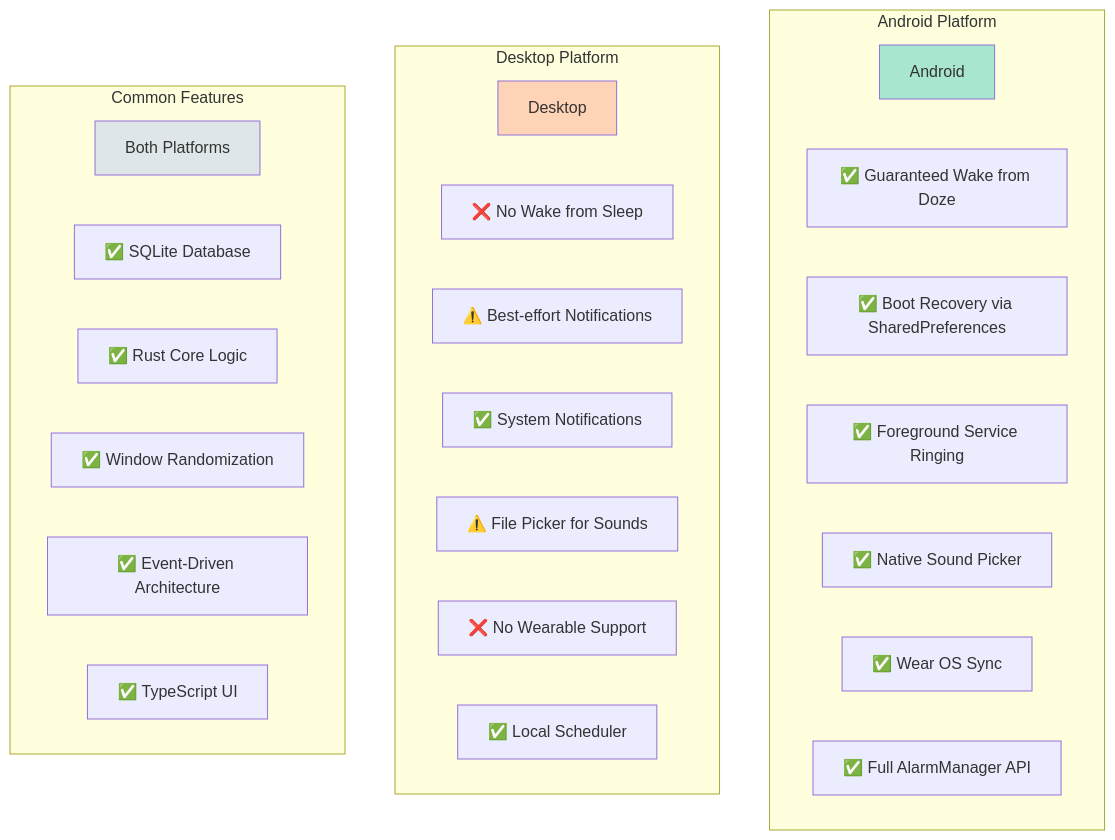
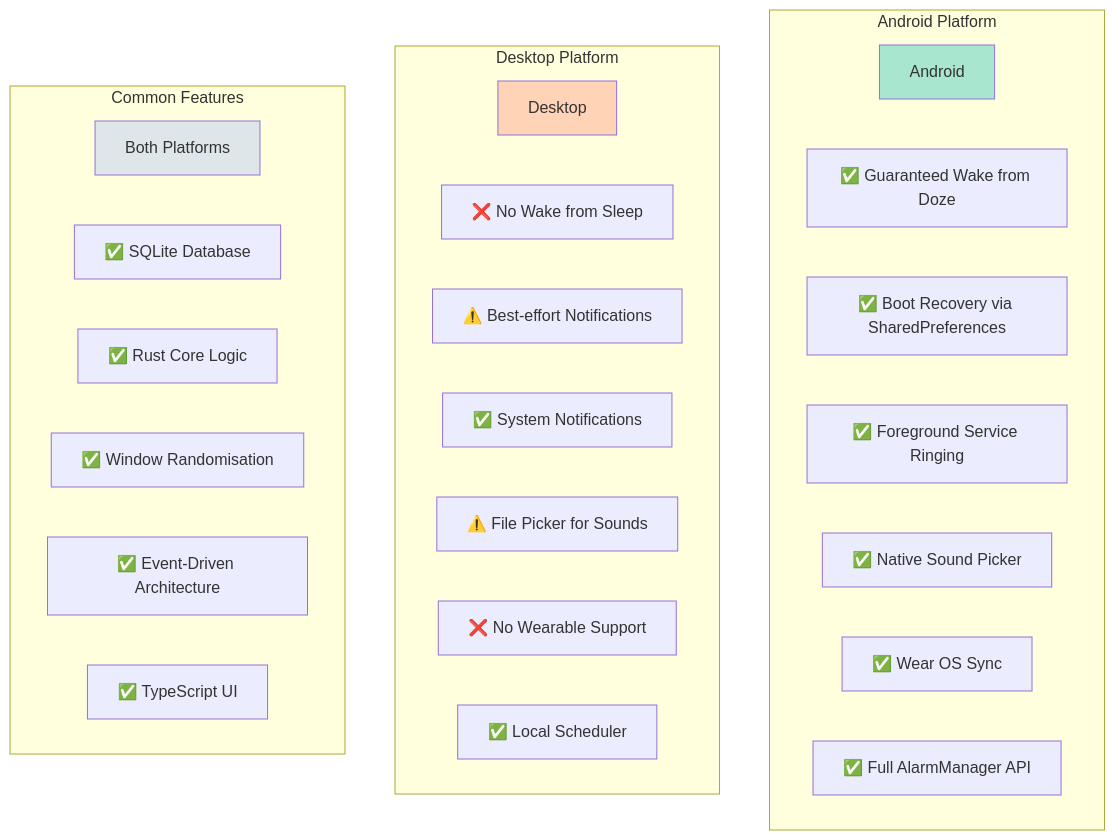
Diagram 19 of 32 in docs/architecture/flow-diagrams.md (liminal-hq/threshold), drawn with Mermaid before and after one commit. The commit also changed other lines of this file, not shown here.

First line of the commit message:
docs: fix broken Mermaid diagrams in flow-diagrams.md

````diff
--- a/docs/architecture/flow-diagrams.md
+++ b/docs/architecture/flow-diagrams.md
@@ -666,35 +666,35 @@
 ```mermaid
 graph TB
     subgraph "Android Platform"
         Android[Android]
-        A1[✅ Guaranteed Wake from Doze]
-        A2[✅ Boot Recovery via SharedPreferences]
-        A3[✅ Foreground Service Ringing]
-        A4[✅ Native Sound Picker]
-        A5[✅ Wear OS Sync]
-        A6[✅ Full AlarmManager API]
+        A1["✅ Guaranteed Wake from Doze"]
+        A2["✅ Boot Recovery via SharedPreferences"]
+        A3["✅ Foreground Service Ringing"]
+        A4["✅ Native Sound Picker"]
+        A5["✅ Wear OS Sync"]
+        A6["✅ Full AlarmManager API"]
     end
 
     subgraph "Desktop Platform"
         Desktop[Desktop]
-        D1[❌ No Wake from Sleep]
-        D2[⚠️ Best-effort Notifications]
-        D3[✅ System Notifications]
-        D4[⚠️ File Picker for Sounds]
-        D5[❌ No Wearable Support]
-        D6[✅ Local Scheduler]
+        D1["❌ No Wake from Sleep"]
+        D2["⚠️ Best-effort Notifications"]
+        D3["✅ System Notifications"]
+        D4["⚠️ File Picker for Sounds"]
+        D5["❌ No Wearable Support"]
+        D6["✅ Local Scheduler"]
     end
 
     subgraph "Common Features"
         Common[Both Platforms]
-        C1[✅ SQLite Database]
-        C2[✅ Rust Core Logic]
-        C3[✅ Window Randomization]
-        C4[✅ Event-Driven Architecture]
-        C5[✅ TypeScript UI]
+        C1["✅ SQLite Database"]
+        C2["✅ Rust Core Logic"]
+        C3["✅ Window Randomisation"]
+        C4["✅ Event-Driven Architecture"]
+        C5["✅ TypeScript UI"]
     end
     
     style Android fill:#a8e6cf
     style Desktop fill:#ffd3b6
     style Common fill:#dfe6e9
 ```
````
